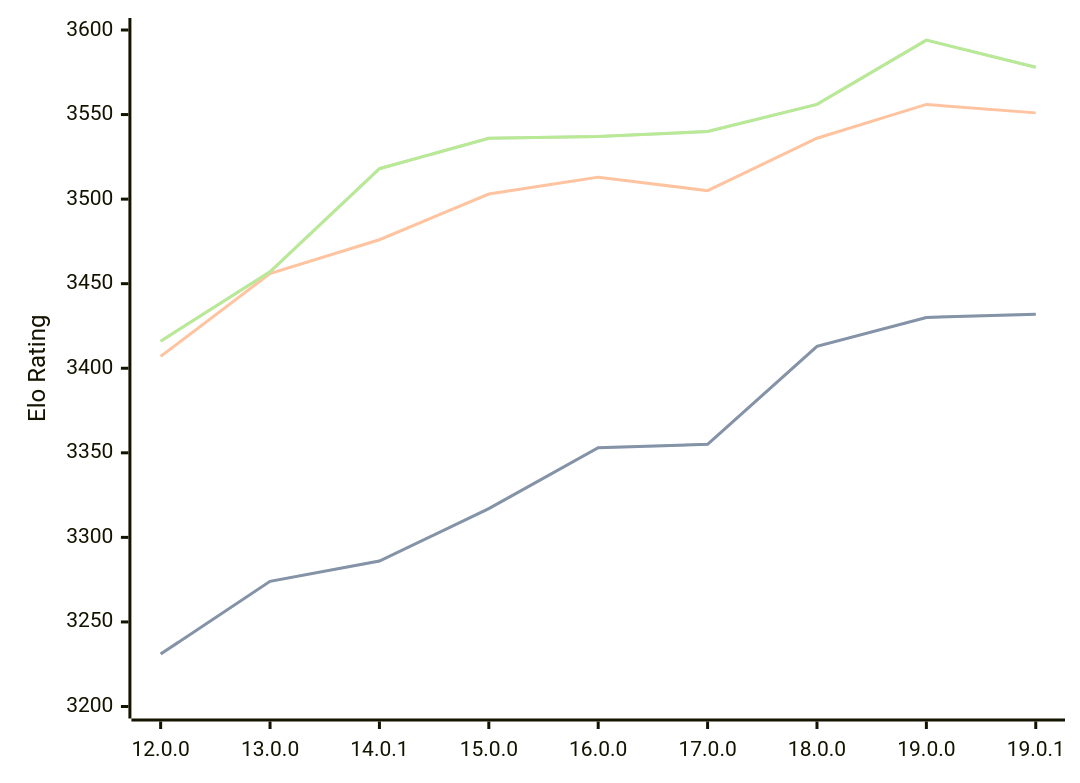
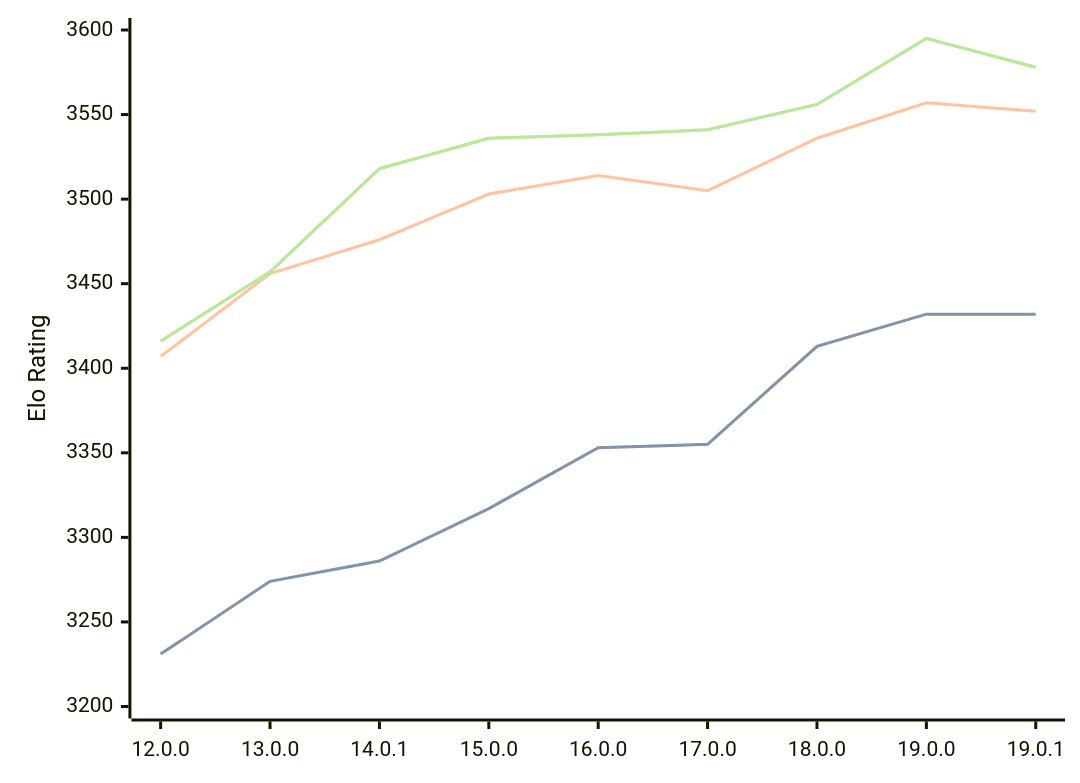
The diagram in engines/Viridithas.md (computer-chess-index/cci), drawn with Mermaid before and after one commit. The commit also changed other lines of this file, not shown here.

Commit message:
Update CCI Ratings (ELO VLTC) - 2026-04-03

````diff
--- a/engines/Viridithas.md
+++ b/engines/Viridithas.md
@@ -63,11 +63,11 @@
 ```mermaid
 %%{init: {"theme":"base","themeVariables":{"seriesColors:['#a3a3a3','#222221','#faa371']}}}%%
 xychart-beta
   x-axis ["12.0.0", "13.0.0", "14.0.1", "15.0.0", "16.0.0", "17.0.0", "18.0.0", "19.0.0", "19.0.1"]
   y-axis "Elo Rating" 3200 --> 3600
-  line "STC (8.0+0.08s)" [3231, 3274, 3286, 3317, 3353, 3355, 3413, 3430, 3432]
-  line "STC (8.0+0.08s)" [3231, 3274, 3286, 3317, 3353, 3355, 3413, 3430, 3432]
-  line "LTC (60.0+0.60s)" [3407, 3456, 3476, 3503, 3513, 3505, 3536, 3556, 3551]
-  line "VLTC (2m24s+1.12s)" [3416, 3457, 3518, 3536, 3537, 3540, 3556, 3594, 3578]
-  line "VLTC (2m24s+1.12s)" [3416, 3457, 3518, 3536, 3537, 3540, 3556, 3594, 3578]
+  line "STC (8.0+0.08s)" [3231, 3274, 3286, 3317, 3353, 3355, 3413, 3432, 3432]
+  line "STC (8.0+0.08s)" [3231, 3274, 3286, 3317, 3353, 3355, 3413, 3432, 3432]
+  line "LTC (60.0+0.60s)" [3407, 3456, 3476, 3503, 3514, 3505, 3536, 3557, 3552]
+  line "VLTC (2m24s+1.12s)" [3416, 3457, 3518, 3536, 3538, 3541, 3556, 3595, 3578]
+  line "VLTC (2m24s+1.12s)" [3416, 3457, 3518, 3536, 3538, 3541, 3556, 3595, 3578]
 ```
````
